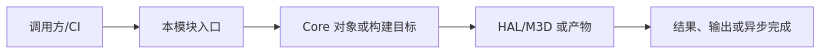
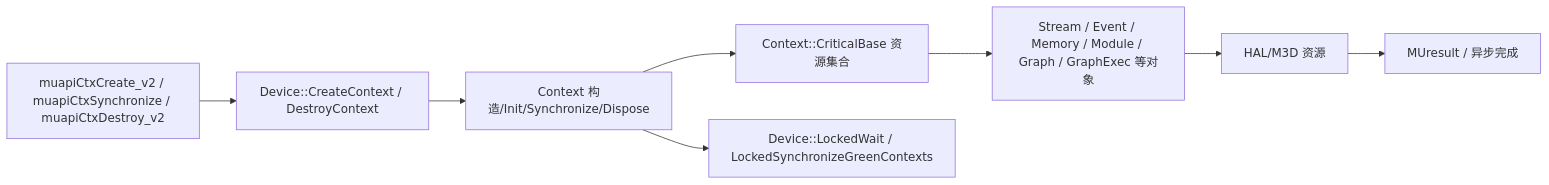
One commit to visionarywind/Projects changed the first of 3 diagrams in musa/01-modules/M04-context-lifecycle/diagrams.md. Above: the diagram before and after it, drawn with Mermaid. The commit also changed other lines of this file and 388 other files, not shown here.

````diff
--- a/musa/01-modules/M04-context-lifecycle/diagrams.md
+++ b/musa/01-modules/M04-context-lifecycle/diagrams.md
@@ -5,7 +14,11 @@
 ```mermaid
 flowchart LR
- U[调用方/CI] --> I[本模块入口]
- I --> O[Core 对象或构建目标]
- O --> H[HAL/M3D 或产物]
- H --> R[结果、输出或异步完成]
+ U[muapiCtxCreate_v2 / muapiCtxSynchronize / muapiCtxDestroy_v2]
+ U --> E[Device::CreateContext / DestroyContext]
+ E --> C[Context 构造/Init/Synchronize/Dispose]
+ C --> CB[Context::CriticalBase 资源集合]
+ CB --> R[Stream / Event / Memory / Module / Graph / GraphExec 等对象]
+ C --> D[Device::LockedWait / LockedSynchronizeGreenContexts]
+ R --> H[HAL/M3D 资源]
+ H --> S[MUresult / 异步完成]
 ```
````
